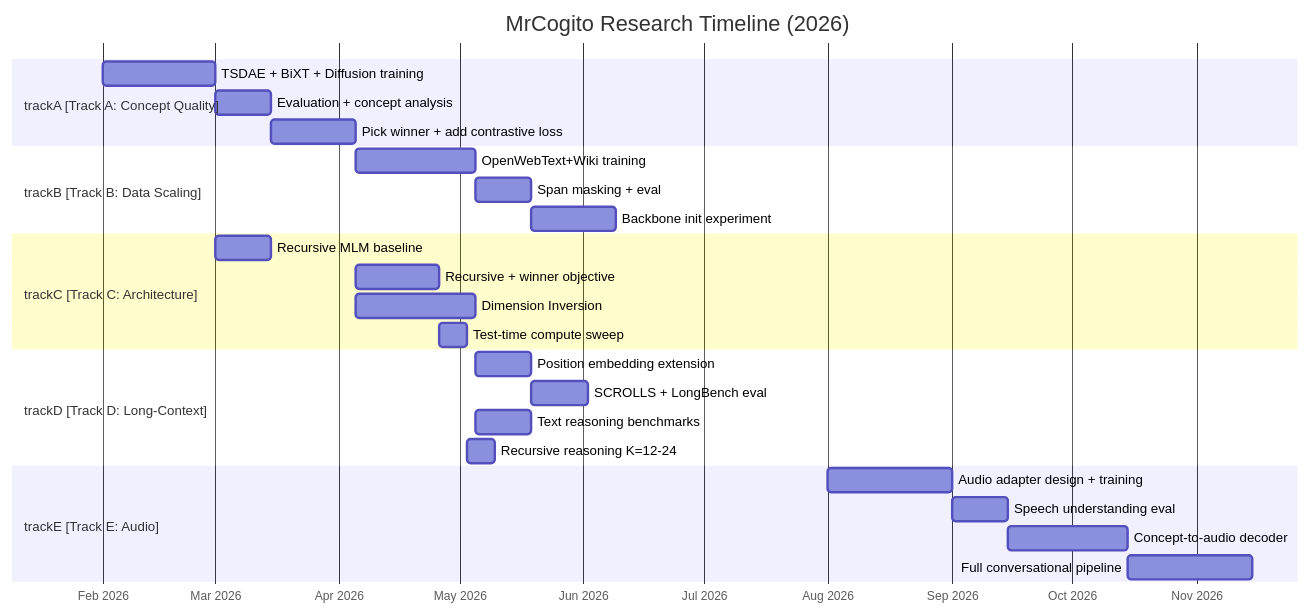
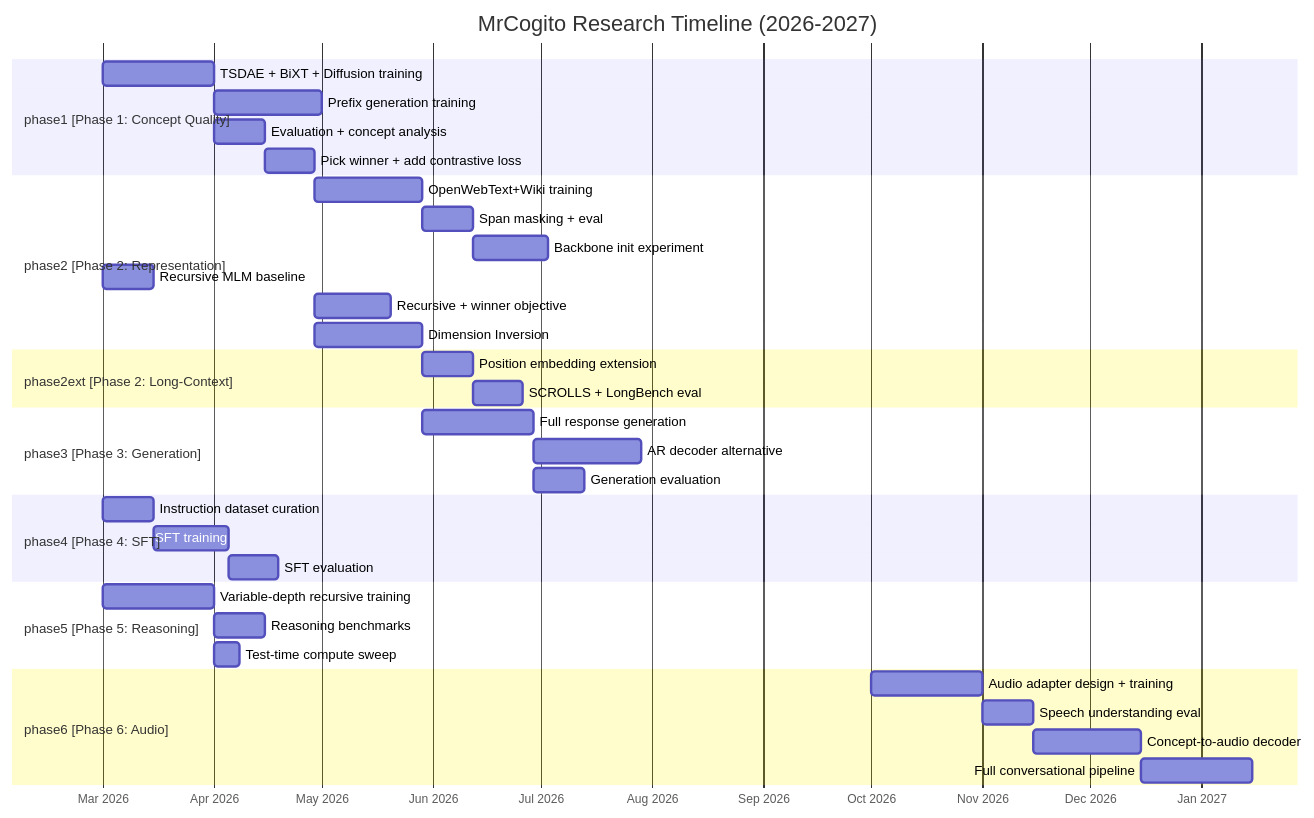
One commit to ksopyla/MrCogito changed the second of 2 diagrams in docs/1_Strategy_and_Plans/roadmap.md. Above: the diagram before and after it, drawn with Mermaid. The commit also changed other lines of this file and 2 other files, not shown here.

First line of the commit message:
Update experiment priority order and roadmap for Concept Encoder research

````diff
--- a/docs/1_Strategy_and_Plans/roadmap.md
+++ b/docs/1_Strategy_and_Plans/roadmap.md
@@ -380,34 +501,45 @@
 ```mermaid
 gantt
-    title MrCogito Research Timeline (2026)
+    title MrCogito Research Timeline (2026-2027)
     dateFormat YYYY-MM
     axisFormat %b %Y
 
-    section trackA [Track A: Concept Quality]
-    TSDAE + BiXT + Diffusion training     :a1, 2026-02, 1M
+    section phase1 [Phase 1: Concept Quality]
+    TSDAE + BiXT + Diffusion training     :a1, 2026-03, 1M
+    Prefix generation training             :a11, after a1, 1M
     Evaluation + concept analysis          :a2, after a1, 2w
-    Pick winner + add contrastive loss     :a3, after a2, 3w
+    Pick winner + add contrastive loss     :a3, after a2, 2w
 
-    section trackB [Track B: Data Scaling]
+    section phase2 [Phase 2: Representation]
     OpenWebText+Wiki training              :b1, after a3, 1M
     Span masking + eval                    :b2, after b1, 2w
     Backbone init experiment               :b3, after b2, 3w
-
-    section trackC [Track C: Architecture]
     Recursive MLM baseline                 :c1, 2026-03, 2w
     Recursive + winner objective           :c2, after a3, 3w
     Dimension Inversion                    :c4, after a3, 1M
-    Test-time compute sweep                :c3, after c2, 1w
 
-    section trackD [Track D: Long-Context]
-    Position embedding extension           :d1, after b1, 2w
-    SCROLLS + LongBench eval              :d2, after d1, 2w
-    Text reasoning benchmarks              :d3, after b1, 2w
-    Recursive reasoning K=12-24            :d5, after c3, 1w
+    section phase2ext [Phase 2: Long-Context]
+    Position embedding extension           :e1, after b1, 2w
+    SCROLLS + LongBench eval              :e2, after e1, 2w
 
-    section trackE [Track E: Audio]
-    Audio adapter design + training        :e1, 2026-08, 1M
-    Speech understanding eval              :e3, after e1, 2w
-    Concept-to-audio decoder               :e4, after e3, 1M
-    Full conversational pipeline           :e5, after e4, 1M
+    section phase3 [Phase 3: Generation]
+    Full response generation               :d1, after b1, 1M
+    AR decoder alternative                 :d2, after d1, 1M
+    Generation evaluation                  :d3, after d1, 2w
+
+    section phase4 [Phase 4: SFT]
+    Instruction dataset curation           :f1, after d4, 2w
+    SFT training                           :f2, after f1, 3w
+    SFT evaluation                         :f3, after f2, 2w
+
+    section phase5 [Phase 5: Reasoning]
+    Variable-depth recursive training      :g1, after d4, 1M
+    Reasoning benchmarks                   :g3, after g1, 2w
+    Test-time compute sweep                :g2, after g1, 1w
+
+    section phase6 [Phase 6: Audio]
+    Audio adapter design + training        :h1, 2026-10, 1M
+    Speech understanding eval              :h3, after h1, 2w
+    Concept-to-audio decoder               :h4, after h3, 1M
+    Full conversational pipeline           :h5, after h4, 1M
 ```
````
